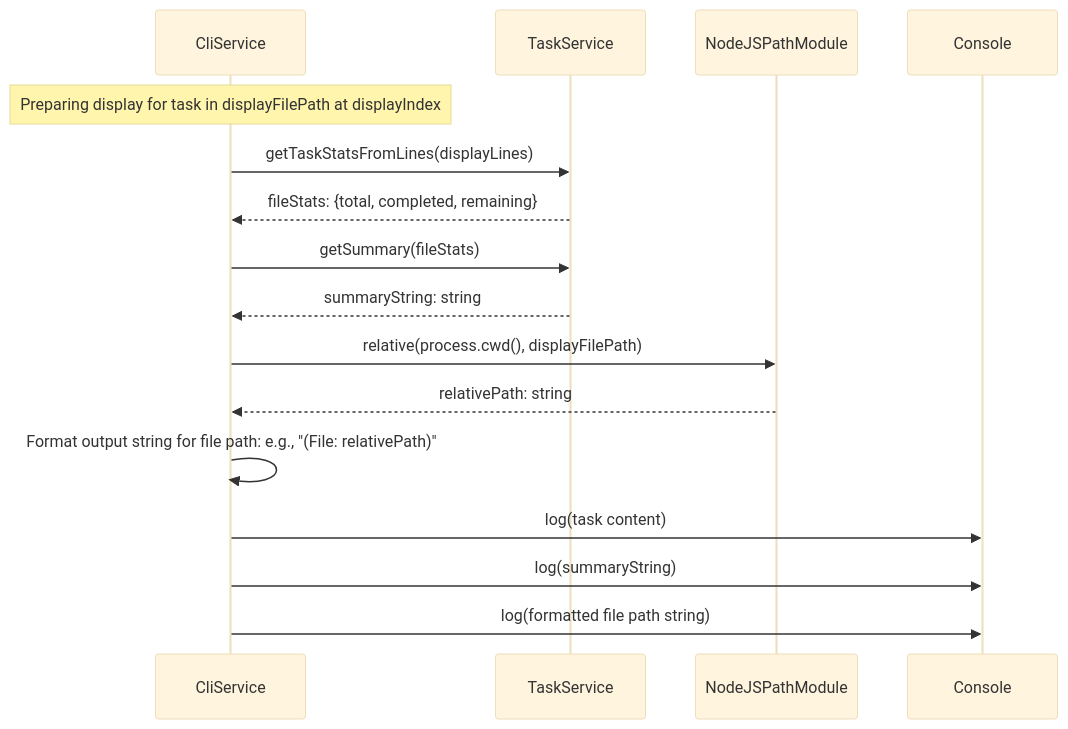
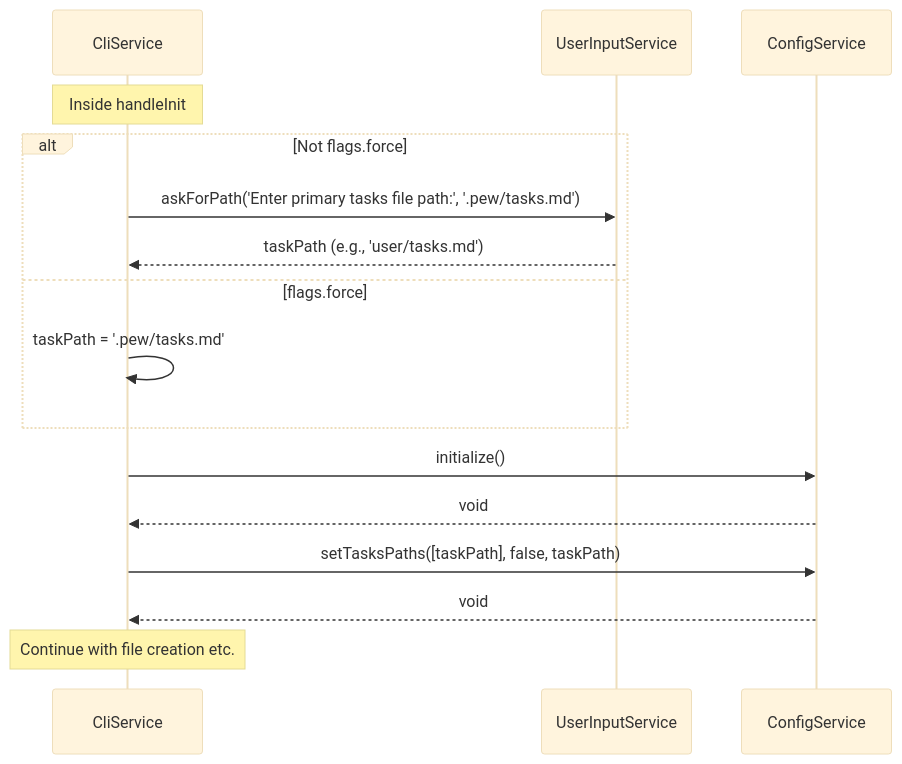
The third of 4 diagrams in .pew/tasks.md (ultrawideturbodev/pewPewCLI), drawn with Mermaid (base theme) before and after one commit. The commit also changed other lines of this file and 11 other files, not shown here.

````diff
--- a/.pew/tasks.md
+++ b/.pew/tasks.md
@@ -479,18 +309,19 @@
     ```mermaid
     sequenceDiagram
         participant CliS as CliService
-        participant TS as TaskService
-        participant path as NodeJSPathModule
+        participant UIS as UserInputService
+        participant CS as ConfigService
 
-        Note over CliS: Preparing display for task in displayFilePath at displayIndex
-        CliS->>TS: getTaskStatsFromLines(displayLines)
-        TS-->>CliS: fileStats: {total, completed, remaining}
-        CliS->>TS: getSummary(fileStats)
-        TS-->>CliS: summaryString: string
-        CliS->>path: relative(process.cwd(), displayFilePath)
-        path-->>CliS: relativePath: string
-        CliS->>CliS: Format output string for file path: e.g., "(File: relativePath)"
-        CliS->>Console: log(task content)
-        CliS->>Console: log(summaryString)
-        CliS->>Console: log(formatted file path string)
+        Note over CliS: Inside handleInit
+        alt Not flags.force
+            CliS->>UIS: askForPath('Enter primary tasks file path:', '.pew/tasks.md')
+            UIS-->>CliS: taskPath (e.g., 'user/tasks.md')
+        else flags.force
+            CliS->>CliS: taskPath = '.pew/tasks.md'
+        end
+        CliS->>CS: initialize()
+        CS-->>CliS: void
+        CliS->>CS: setTasksPaths([taskPath], false, taskPath) # Pass taskPath twice
+        CS-->>CliS: void
+        Note over CliS: Continue with file creation etc.
     ```
````
